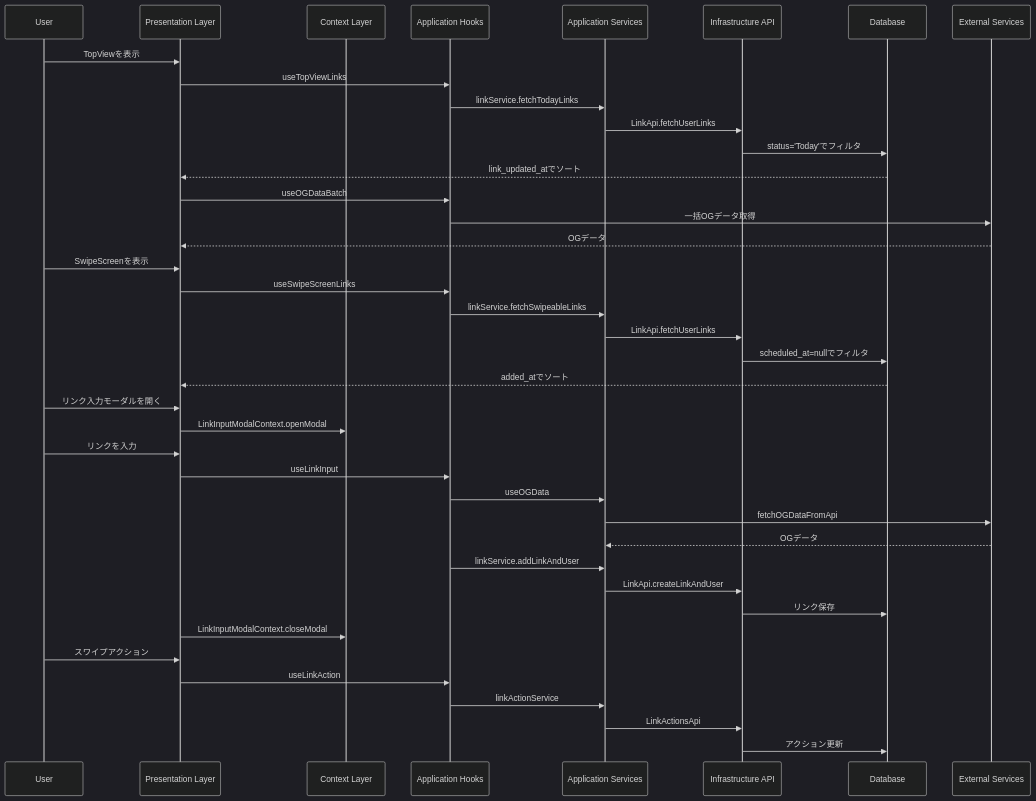
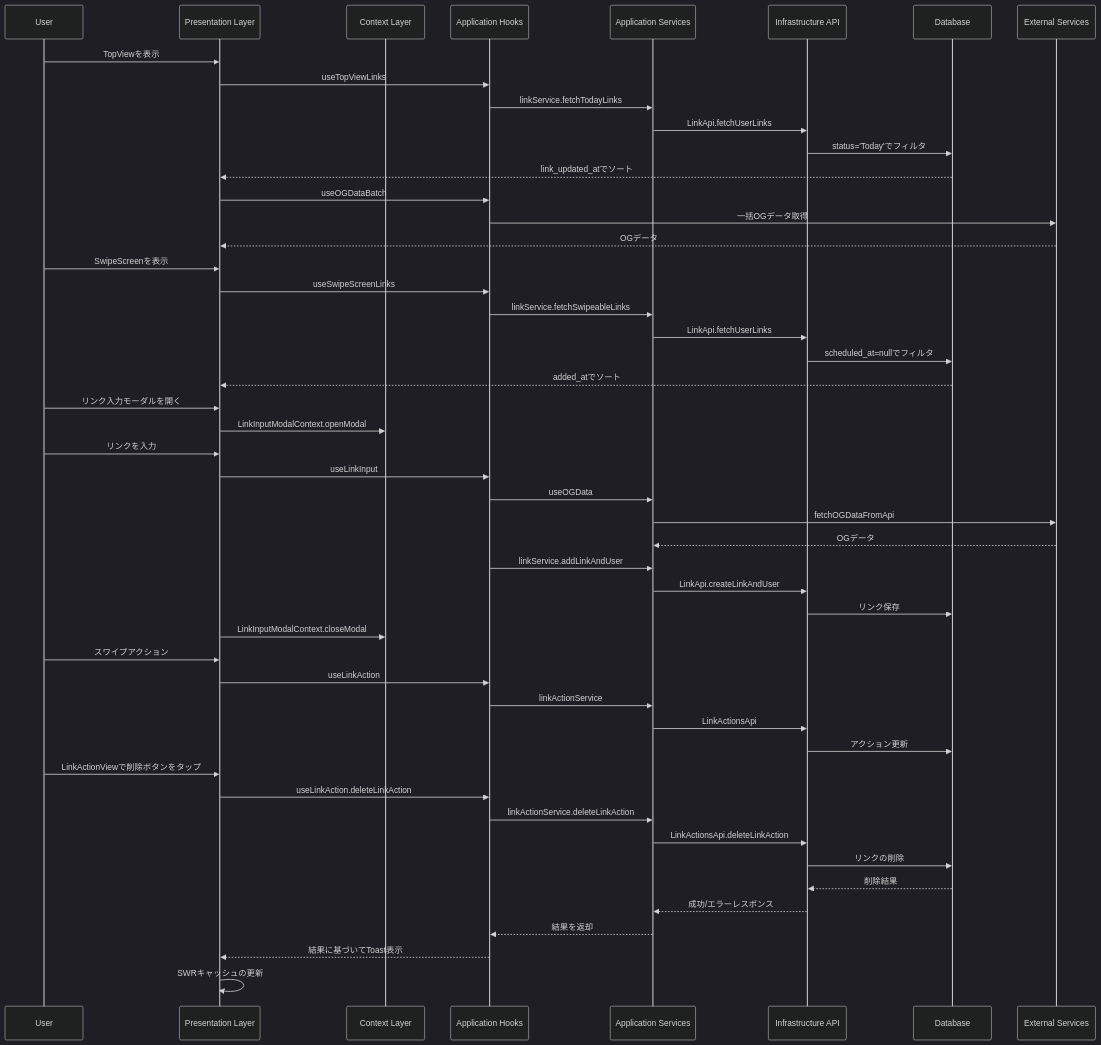
The second of 2 diagrams in feature/links/docs/architecture.md (sooom1627/Linpe), drawn with Mermaid (dark theme) before and after one commit. The commit also changed other lines of this file and 1 other file, not shown here.

````diff
--- a/feature/links/docs/architecture.md
+++ b/feature/links/docs/architecture.md
@@ -116,50 +118,62 @@
 ```mermaid
 sequenceDiagram
     participant User
     participant UI as Presentation Layer
     participant Context as Context Layer
     participant Hook as Application Hooks
     participant Service as Application Services
     participant API as Infrastructure API
     participant DB as Database
     participant External as External Services
 
     %% リンク一覧表示フロー（TopView）
     User->>UI: TopViewを表示
     UI->>Hook: useTopViewLinks
     Hook->>Service: linkService.fetchTodayLinks
     Service->>API: LinkApi.fetchUserLinks
     API->>DB: status='Today'でフィルタ
     DB-->>UI: link_updated_atでソート
     UI->>Hook: useOGDataBatch
     Hook->>External: 一括OGデータ取得
     External-->>UI: OGデータ
 
     %% スワイプ画面表示フロー
     User->>UI: SwipeScreenを表示
     UI->>Hook: useSwipeScreenLinks
     Hook->>Service: linkService.fetchSwipeableLinks
     Service->>API: LinkApi.fetchUserLinks
     API->>DB: scheduled_at=nullでフィルタ
     DB-->>UI: added_atでソート
 
     %% リンク入力フロー
     User->>UI: リンク入力モーダルを開く
     UI->>Context: LinkInputModalContext.openModal
     User->>UI: リンクを入力
     UI->>Hook: useLinkInput
     Hook->>Service: useOGData
     Service->>External: fetchOGDataFromApi
     External-->>Service: OGデータ
     Hook->>Service: linkService.addLinkAndUser
     Service->>API: LinkApi.createLinkAndUser
     API->>DB: リンク保存
     UI->>Context: LinkInputModalContext.closeModal
 
     %% スワイプアクション
     User->>UI: スワイプアクション
     UI->>Hook: useLinkAction
     Hook->>Service: linkActionService
     Service->>API: LinkActionsApi
     API->>DB: アクション更新
+
+    %% リンク削除フロー
+    User->>UI: LinkActionViewで削除ボタンをタップ
+    UI->>Hook: useLinkAction.deleteLinkAction
+    Hook->>Service: linkActionService.deleteLinkAction
+    Service->>API: LinkActionsApi.deleteLinkAction
+    API->>DB: リンクの削除
+    DB-->>API: 削除結果
+    API-->>Service: 成功/エラーレスポンス
+    Service-->>Hook: 結果を返却
+    Hook-->>UI: 結果に基づいてToast表示
+    UI->>UI: SWRキャッシュの更新
 ```
````
